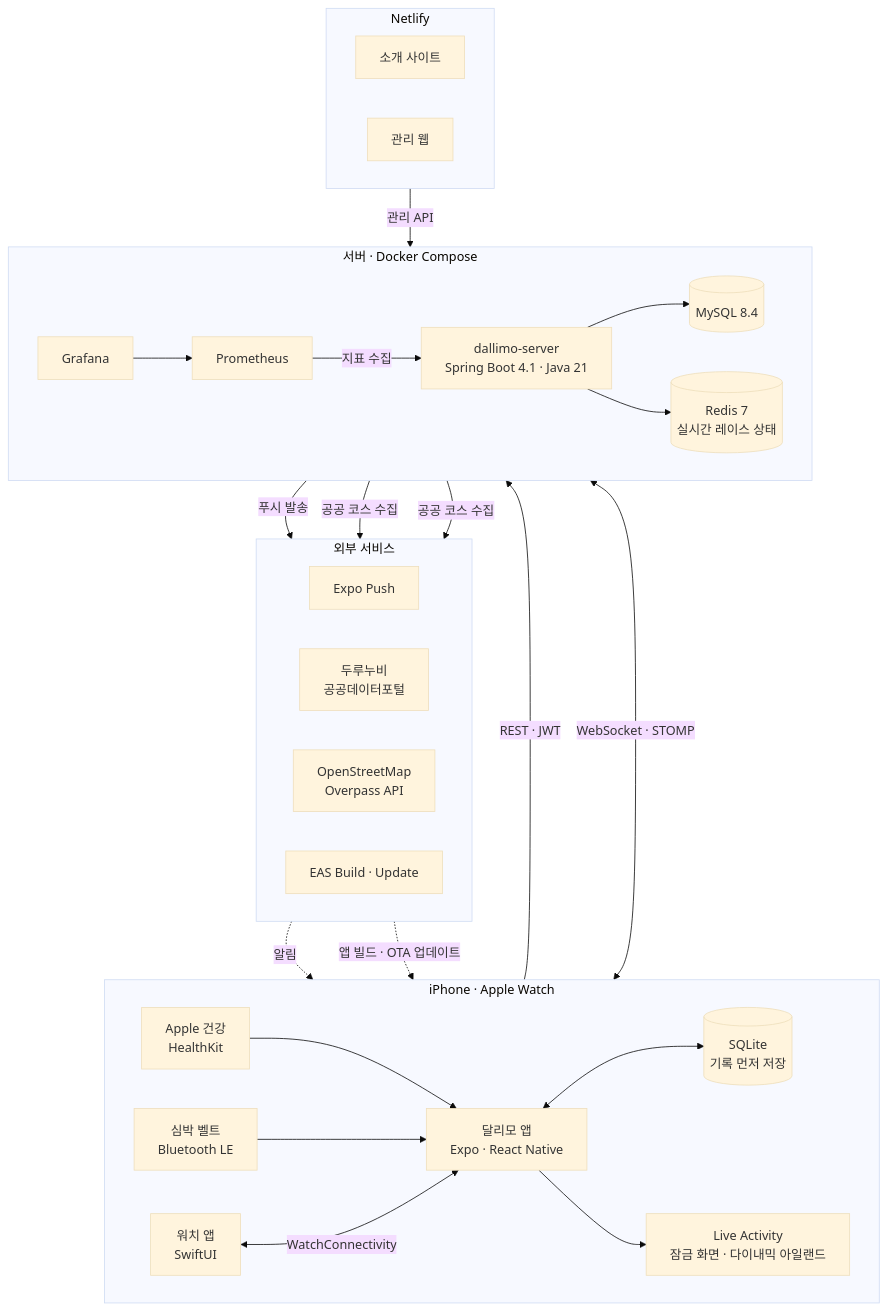
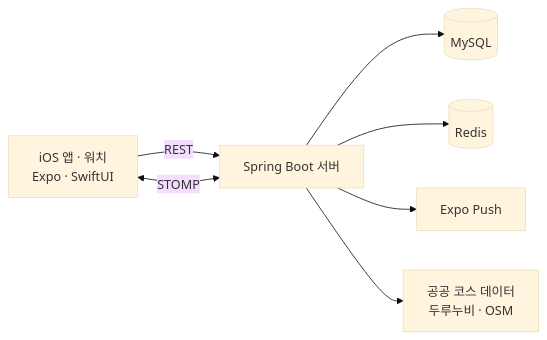
Before and after one commit to dongsubnambuk/dallimo: the second of 2 diagrams in README.md, drawn with Mermaid (base theme). The commit also changed other lines of this file, not shown here.

````diff
--- a/README.md
+++ b/README.md
@@ -207,42 +67,9 @@
 ```mermaid
-flowchart TB
-    subgraph Device["iPhone · Apple Watch"]
-        direction LR
-        HK["Apple 건강<br/>HealthKit"] --> App
-        BLE["심박 벨트<br/>Bluetooth LE"] --> App
-        Watch["워치 앱<br/>SwiftUI"] <-->|WatchConnectivity| App["달리모 앱<br/>Expo · React Native"]
-        App <--> Local[("SQLite<br/>기록 먼저 저장")]
-        App --> LA["Live Activity<br/>잠금 화면 · 다이내믹 아일랜드"]
-    end
-
-    subgraph Server["서버 · Docker Compose"]
-        direction LR
-        API["dallimo-server<br/>Spring Boot 4.1 · Java 21"] --> DB[("MySQL 8.4")]
-        API --> Cache[("Redis 7<br/>실시간 레이스 상태")]
-        Prom["Prometheus"] -->|지표 수집| API
-        Graf["Grafana"] --> Prom
-    end
-
-    subgraph External["외부 서비스"]
-        direction LR
-        Push["Expo Push"]
-        Duru["두루누비<br/>공공데이터포털"]
-        OSM["OpenStreetMap<br/>Overpass API"]
-        EAS["EAS Build · Update"]
-    end
-
-    subgraph Web["Netlify"]
-        direction LR
-        Landing["소개 사이트"]
-        Admin["관리 웹"]
-    end
-
-    App -->|REST · JWT| API
-    App <-->|WebSocket · STOMP| API
-    Admin -->|관리 API| API
-    API -->|푸시 발송| Push
-    Push -.->|알림| App
-    API -->|공공 코스 수집| Duru
-    API -->|공공 코스 수집| OSM
-    EAS -.->|앱 빌드 · OTA 업데이트| App
+flowchart LR
+    App["iOS 앱 · 워치<br/>Expo · SwiftUI"] -->|REST| API["Spring Boot 서버"]
+    App <-->|STOMP| API
+    API --> DB[("MySQL")]
+    API --> Redis[("Redis")]
+    API --> Push["Expo Push"]
+    API --> Public["공공 코스 데이터<br/>두루누비 · OSM"]
 ```
````
